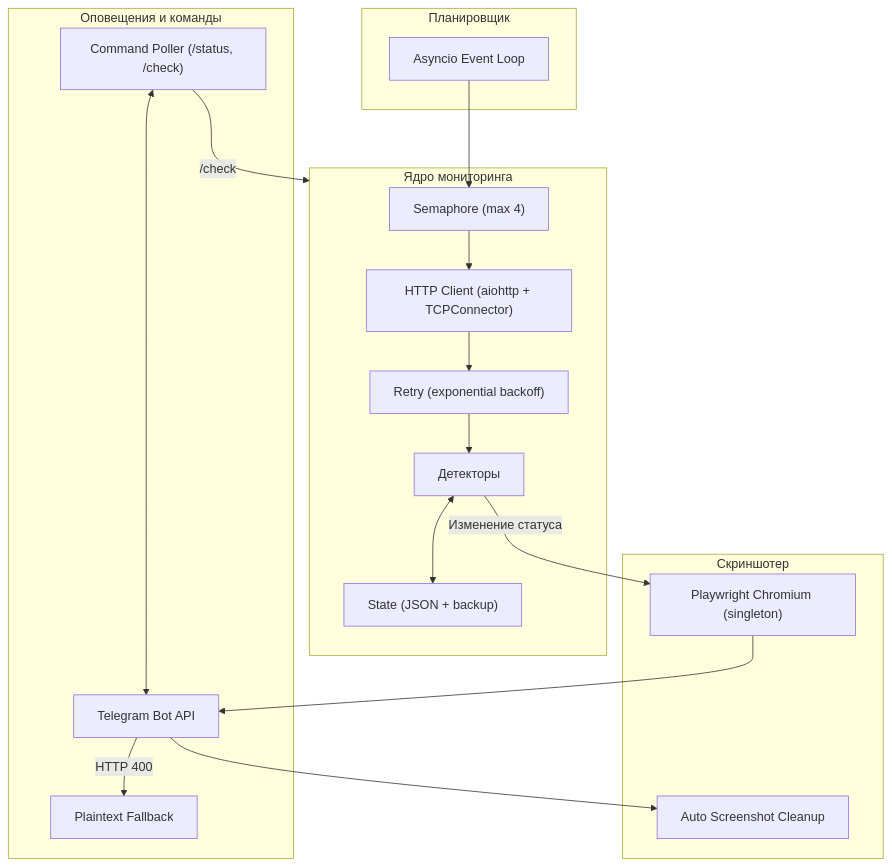
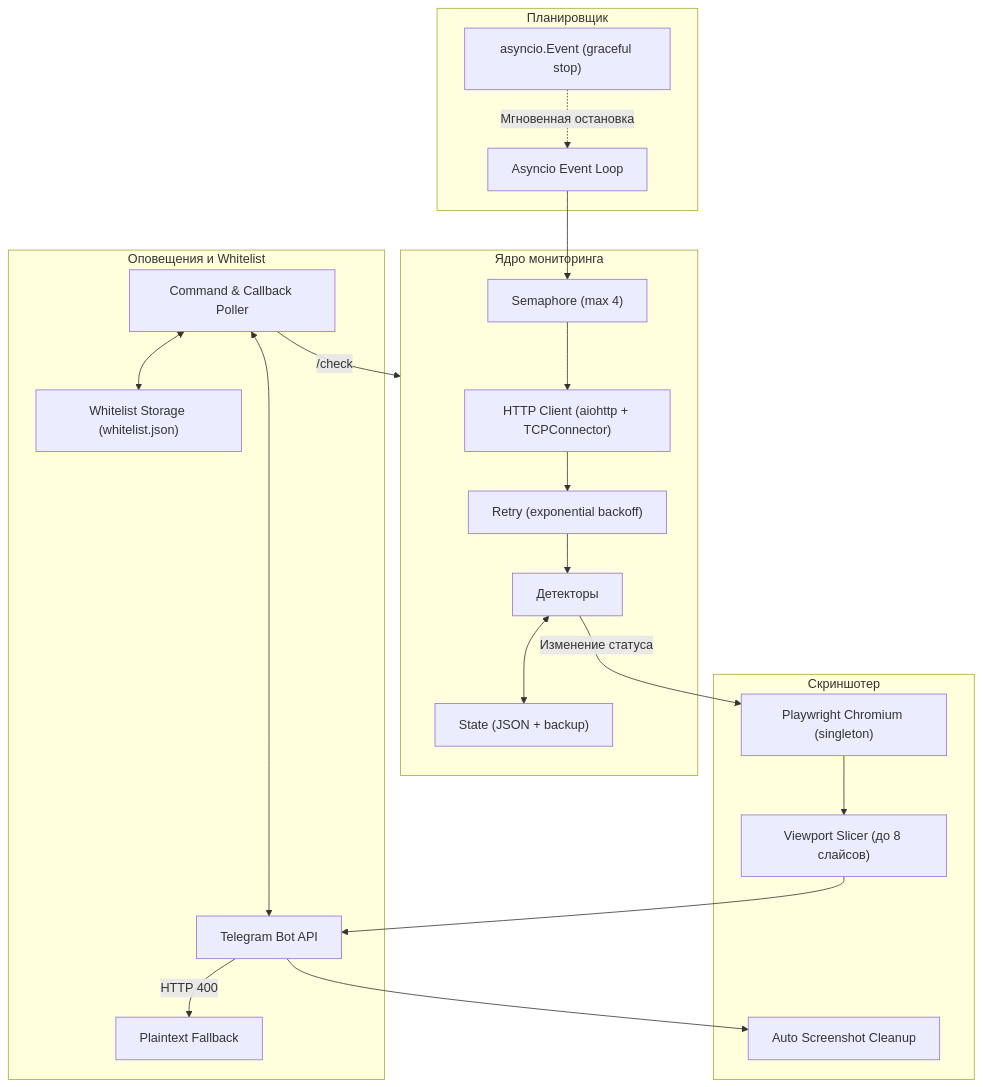
Before and after one commit to booowieee/england-bot-watcher: the diagram in README.md, drawn with Mermaid. The commit also changed other lines of this file and 5 other files, not shown here.

````diff
--- a/README.md
+++ b/README.md
@@ -29,37 +34,43 @@
 ```mermaid
 graph TD
     subgraph Scheduler ["Планировщик"]
         Loop["Asyncio Event Loop"]
+        StopEvent["asyncio.Event (graceful stop)"]
     end
 
     subgraph Engine ["Ядро мониторинга"]
-        Semaphore["Semaphore (max 4)"]
         HTTP["HTTP Client (aiohttp + TCPConnector)"]
         Retry["Retry (exponential backoff)"]
+        Semaphore["Semaphore (max 4)"]
         Detectors["Детекторы"]
         State["State (JSON + backup)"]
     end
 
     subgraph Verification ["Скриншотер"]
         Browser["Playwright Chromium (singleton)"]
+        Slicer["Viewport Slicer (до 8 слайсов)"]
         DiskCleaner["Auto Screenshot Cleanup"]
     end
 
-    subgraph Notifications ["Оповещения и команды"]
+    subgraph Notifications ["Оповещения и Whitelist"]
         Telegram["Telegram Bot API"]
-        Poller["Command Poller (/status, /check)"]
+        Poller["Command & Callback Poller"]
+        Whitelist["Whitelist Storage (whitelist.json)"]
         Fallback["Plaintext Fallback"]
     end
 
     Loop --> Semaphore
+    StopEvent -.->|Мгновенная остановка| Loop
     Semaphore --> HTTP
     HTTP --> Retry
     Retry --> Detectors
     Detectors <--> State
     Detectors -->|Изменение статуса| Browser
-    Browser --> Telegram
+    Browser --> Slicer
+    Slicer --> Telegram
     Telegram --> DiskCleaner
     Telegram -->|HTTP 400| Fallback
     Poller <--> Telegram
+    Poller <--> Whitelist
     Poller -->|/check| Engine
 ```
````
